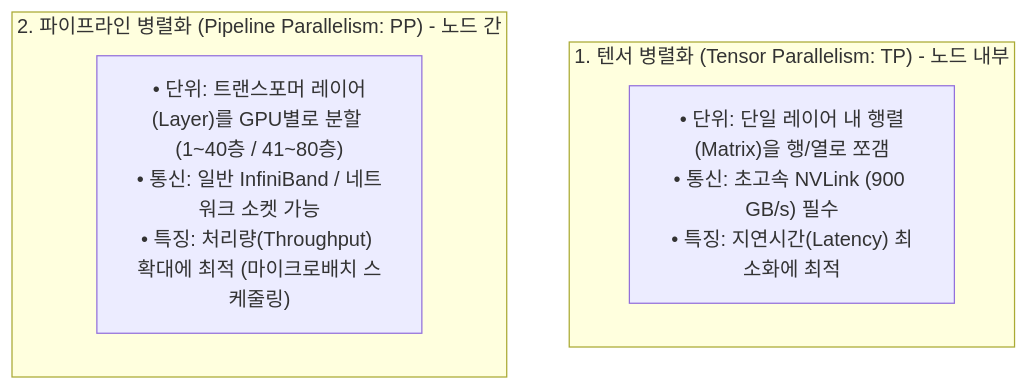
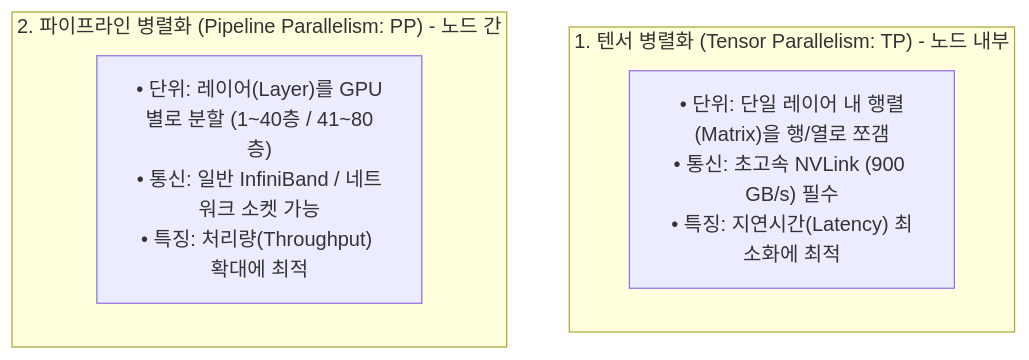
Before and after one commit to sing-u8/AI-Engineering: the third of 3 diagrams in chapter-qa/ch09-inference-optimization-qa/03-speculative-decoding-caching-and-parallelism.md, drawn with Mermaid. The commit also changed other lines of this file, not shown here.

Commit message:
fix(ch09): 03-speculative-decoding 프롬프트 캐싱 및 다이어그램 Mermaid 문법 에러 수정

````diff
--- a/chapter-qa/ch09-inference-optimization-qa/03-speculative-decoding-caching-and-parallelism.md
+++ b/chapter-qa/ch09-inference-optimization-qa/03-speculative-decoding-caching-and-parallelism.md
@@ -116,10 +117,10 @@
 ```mermaid
 flowchart TD
     subgraph TP["1. 텐서 병렬화 (Tensor Parallelism: TP) - 노드 내부"]
-        TP_Desc["• 단위: 단일 레이어 내 행렬(Matrix)을 행/열로 쪼갬\n• 통신: 초고속 NVLink (900 GB/s) 필수\n• 특징: 지연시간(Latency) 최소화에 최적"]
+        TP_Desc["• 단위: 단일 레이어 내 행렬(Matrix)을 행/열로 쪼갬<br/>• 통신: 초고속 NVLink (900 GB/s) 필수<br/>• 특징: 지연시간(Latency) 최소화에 최적"]
     end
 
     subgraph PP["2. 파이프라인 병렬화 (Pipeline Parallelism: PP) - 노드 간"]
-        PP_Desc["• 단위: 트랜스포머 레이어(Layer)를 GPU별로 분할 (1~40층 / 41~80층)\n• 통신: 일반 InfiniBand / 네트워크 소켓 가능\n• 특징: 처리량(Throughput) 확대에 최적 (마이크로배치 스케줄링)"]
+        PP_Desc["• 단위: 레이어(Layer)를 GPU별로 분할 (1~40층 / 41~80층)<br/>• 통신: 일반 InfiniBand / 네트워크 소켓 가능<br/>• 특징: 처리량(Throughput) 확대에 최적"]
     end
 ```
````
